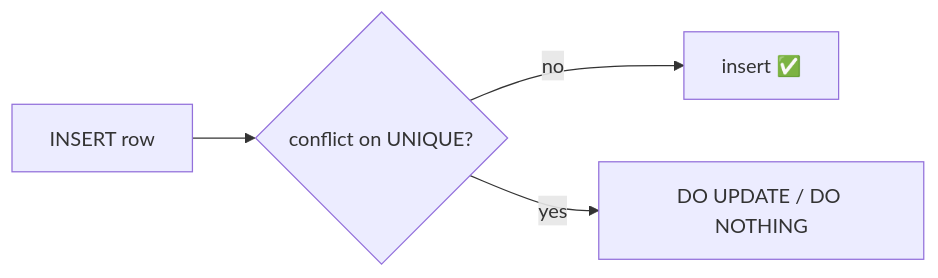
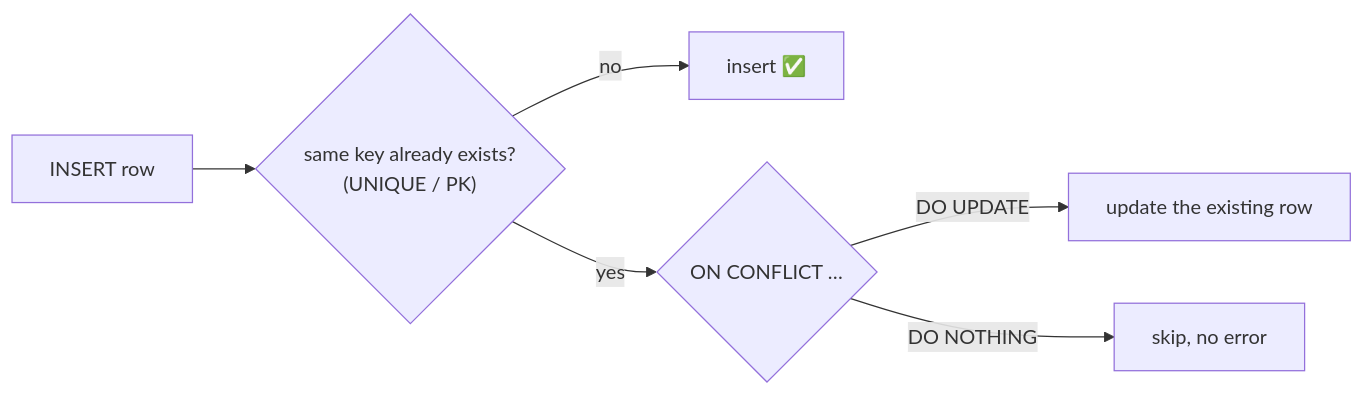
One commit to wesamkhateeb98-creator/postgresql-zero-to-hero changed the first of 3 diagrams in Doc/04-advanced-sql/04-upsert.md. Above: the diagram before and after it, drawn with Mermaid. The commit also changed other lines of this file and 29 other files, not shown here.

````diff
--- a/Doc/04-advanced-sql/04-upsert.md
+++ b/Doc/04-advanced-sql/04-upsert.md
@@ -5,6 +5,8 @@
 ```mermaid
 flowchart LR
-    I["INSERT row"] --> C{"conflict on UNIQUE?"}
+    I["INSERT row"] --> C{"same key already exists?<br/>(UNIQUE / PK)"}
     C -->|"no"| N["insert ✅"]
-    C -->|"yes"| U["DO UPDATE / DO NOTHING"]
+    C -->|"yes"| U{"ON CONFLICT …"}
+    U -->|"DO UPDATE"| UP["update the existing row"]
+    U -->|"DO NOTHING"| SK["skip, no error"]
 ```
````
